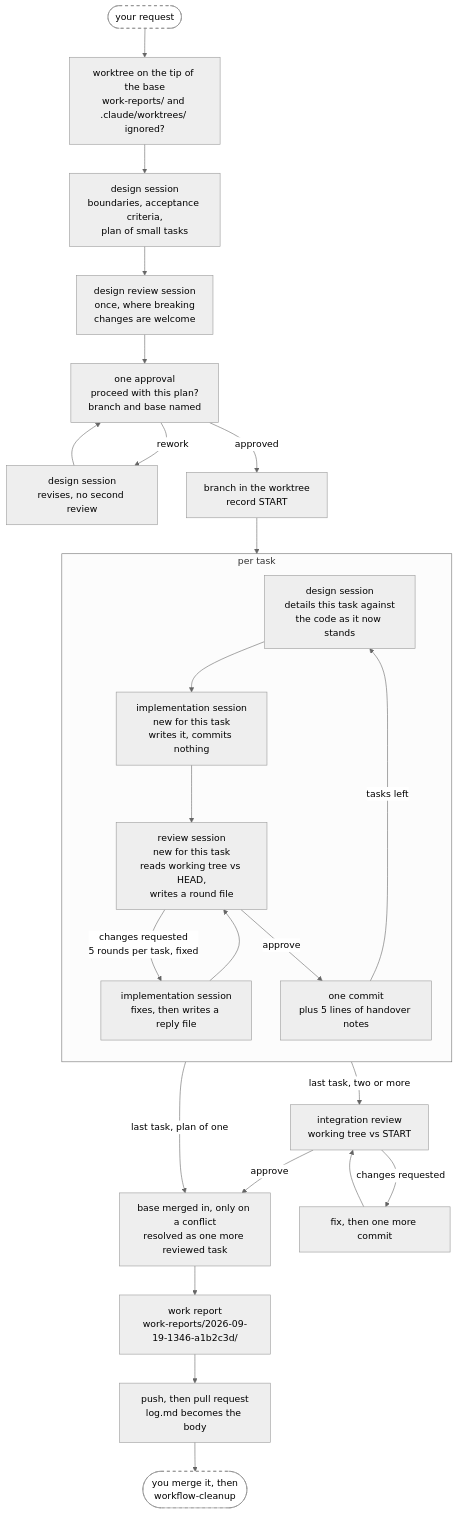
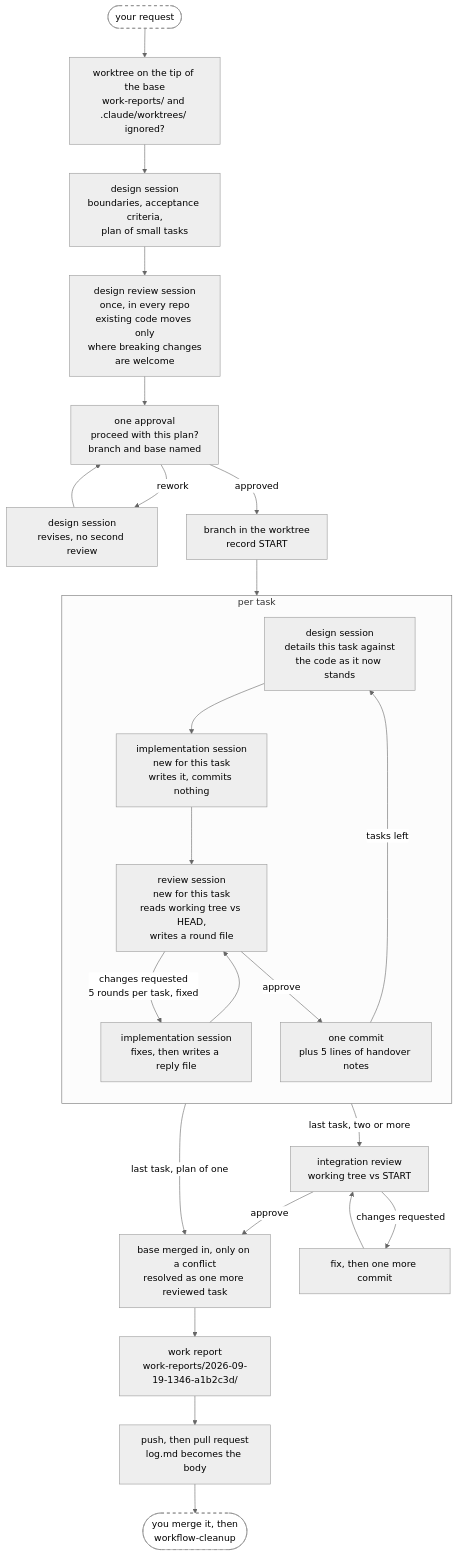
The second of 4 diagrams in plugins/annetaan/README.md (annetaan/claude-plugins), drawn with Mermaid (neutral theme) before and after one commit. The commit also changed other lines of this file and 17 other files, not shown here.

First line of the commit message:
feat: catch behaviour carried over under a changed assumption, and add a design review to pj1-plan (#59)

````diff
--- a/plugins/annetaan/README.md
+++ b/plugins/annetaan/README.md
@@ -138,34 +139,34 @@
 ```mermaid
 flowchart TD
     req(["your request"]) --> wt["worktree on the tip of the base<br/>work-reports/ and .claude/worktrees/ ignored?"] --> design["design session<br/>boundaries, acceptance criteria,<br/>plan of small tasks"]
-    design --> dreview["design review session<br/>once, where breaking<br/>changes are welcome"] --> ask["one approval<br/>proceed with this plan?<br/>branch and base named"]
+    design --> dreview["design review session<br/>once, in every repo<br/>existing code moves only<br/>where breaking changes<br/>are welcome"] --> ask["one approval<br/>proceed with this plan?<br/>branch and base named"]
     ask -->|rework| redo["design session<br/>revises, no second review"] --> ask
     ask -->|approved| setup["branch in the worktree<br/>record START"]
     setup --> detail
 
     subgraph task["per task"]
         direction TB
         detail["design session<br/>details this task against<br/>the code as it now stands"]
         impl["implementation session<br/>new for this task<br/>writes it, commits nothing"]
         review["review session<br/>new for this task<br/>reads working tree vs HEAD,<br/>writes a round file"]
         respond["implementation session<br/>fixes, then writes a reply file"]
         commit["one commit<br/>plus 5 lines of handover notes"]
         detail --> impl --> review
         review -->|"changes requested<br/>5 rounds per task, fixed"| respond
         respond --> review
         review -->|approve| commit
         commit -->|tasks left| detail
     end
 
     commit -->|"last task, two or more"| integ["integration review<br/>working tree vs START"]
     commit -->|"last task, plan of one"| sync
     integ -->|changes requested| integfix["fix, then one more commit"]
     integfix --> integ
     integ -->|approve| sync["base merged in, only on a conflict<br/>resolved as one more reviewed task"]
     sync --> report["work report<br/>work-reports/2026-09-19-1346-a1b2c3d/"]
     report --> pr["push, then pull request<br/>log.md becomes the body"]
     pr --> clean(["you merge it, then<br/>workflow-cleanup"])
 
     classDef human fill:#fff,stroke:#888,stroke-dasharray: 5 5
     class req,clean human
 ```
````
